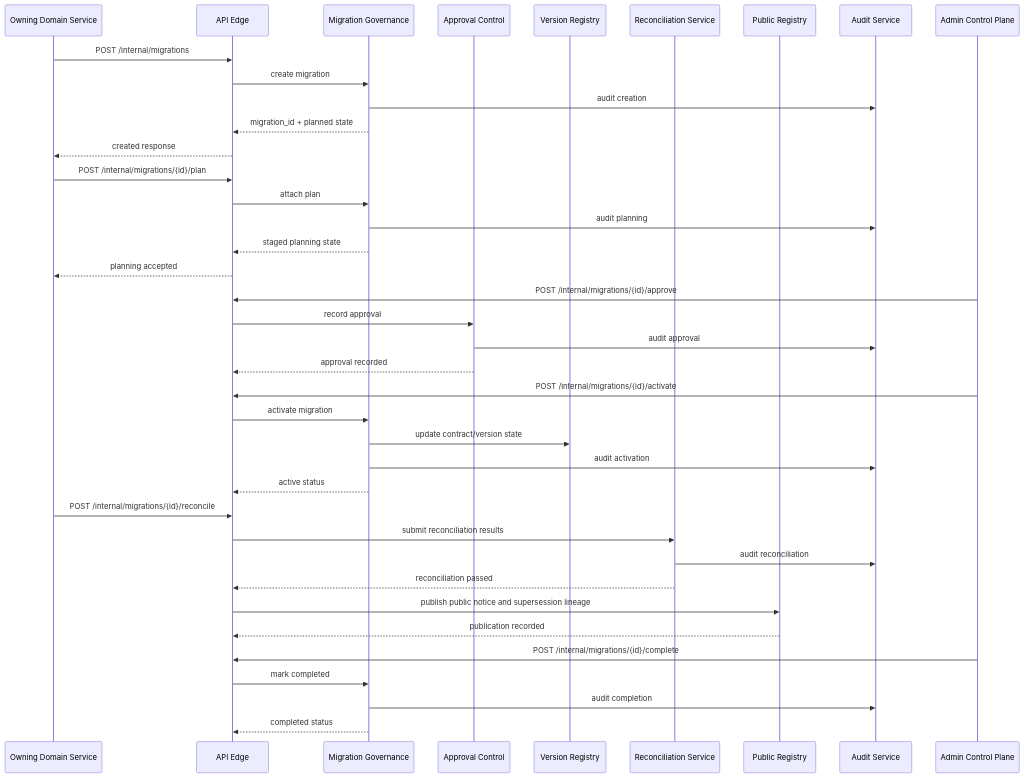
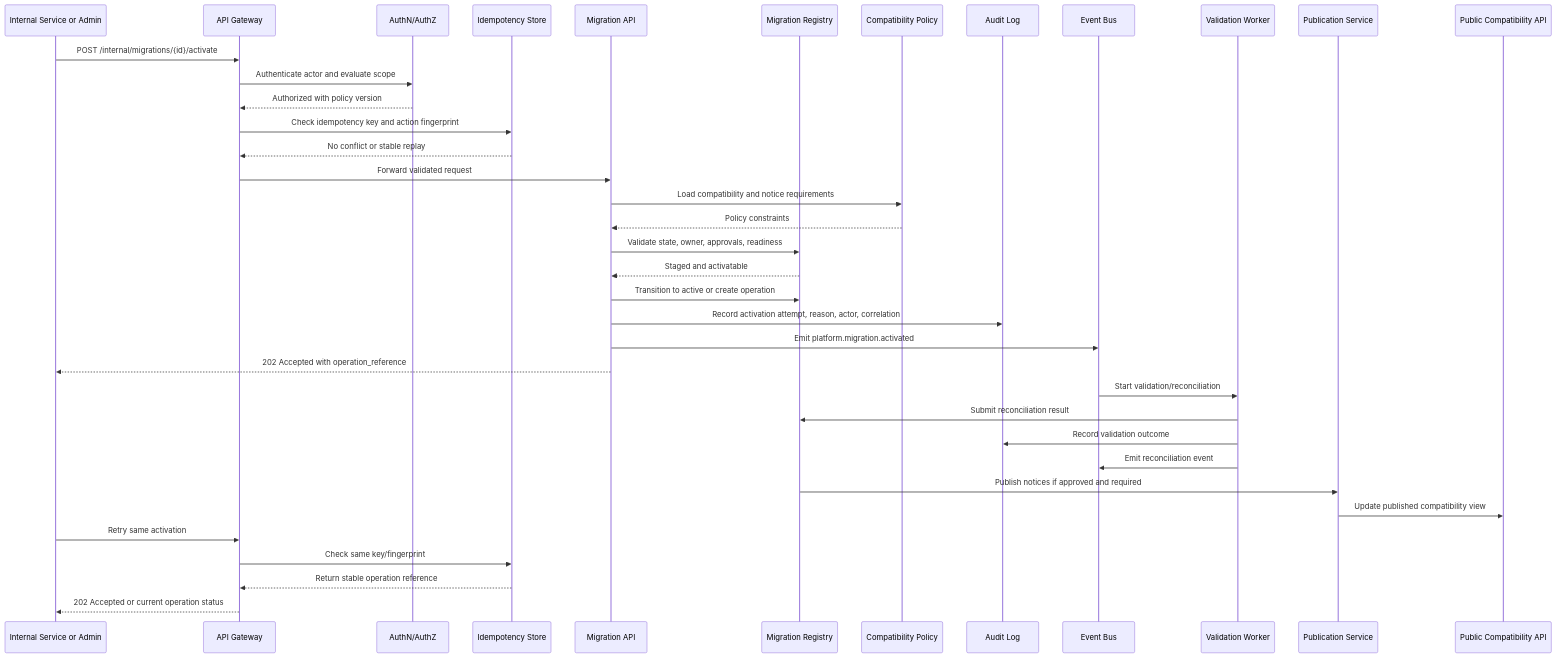
One commit to fuze-ac/api-specs changed the third of 3 diagrams in MIGRATION_AND_BACKWARD_COMPATIBILITY_SPEC.md. Above: the diagram before and after it, drawn with Mermaid. The commit also changed other lines of this file and 50 other files, not shown here.

````diff
--- a/MIGRATION_AND_BACKWARD_COMPATIBILITY_SPEC.md
+++ b/MIGRATION_AND_BACKWARD_COMPATIBILITY_SPEC.md
@@ -1304,48 +814,42 @@
 ```mermaid
 sequenceDiagram
-    participant OD as Owning Domain Service
-    participant API as API Edge
-    participant MIG as Migration Governance
-    participant APR as Approval Control
-    participant VER as Version Registry
-    participant REC as Reconciliation Service
-    participant REG as Public Registry
-    participant AUD as Audit Service
+  participant Caller as Internal Service or Admin
+  participant Gateway as API Gateway
+  participant Auth as AuthN/AuthZ
+  participant Idem as Idempotency Store
+  participant API as Migration API
+  participant Reg as Migration Registry
+  participant Policy as Compatibility Policy
+  participant Audit as Audit Log
+  participant Bus as Event Bus
+  participant Worker as Validation Worker
+  participant Pub as Publication Service
+  participant Public as Public Compatibility API
 
-    OD->>API: POST /internal/migrations
-    API->>MIG: create migration
-    MIG->>AUD: audit creation
-    MIG-->>API: migration_id + planned state
-    API-->>OD: created response
+  Caller->>Gateway: POST /internal/migrations/{id}/activate
+  Gateway->>Auth: Authenticate actor and evaluate scope
+  Auth-->>Gateway: Authorized with policy version
+  Gateway->>Idem: Check idempotency key and action fingerprint
+  Idem-->>Gateway: No conflict or stable replay
+  Gateway->>API: Forward validated request
+  API->>Policy: Load compatibility and notice requirements
+  Policy-->>API: Policy constraints
+  API->>Reg: Validate state, owner, approvals, readiness
+  Reg-->>API: Staged and activatable
+  API->>Reg: Transition to active or create operation
+  API->>Audit: Record activation attempt, reason, actor, correlation
+  API->>Bus: Emit platform.migration.activated
+  API-->>Caller: 202 Accepted with operation_reference
 
-    OD->>API: POST /internal/migrations/{id}/plan
-    API->>MIG: attach plan
-    MIG->>AUD: audit planning
-    MIG-->>API: staged planning state
-    API-->>OD: planning accepted
+  Bus->>Worker: Start validation/reconciliation
+  Worker->>Reg: Submit reconciliation result
+  Worker->>Audit: Record validation outcome
+  Worker->>Bus: Emit reconciliation event
+  Reg->>Pub: Publish notices if approved and required
+  Pub->>Public: Update published compatibility view
 
-    participant ADMIN as Admin Control Plane
-    ADMIN->>API: POST /internal/migrations/{id}/approve
-    API->>APR: record approval
-    APR->>AUD: audit approval
-    APR-->>API: approval recorded
-
-    ADMIN->>API: POST /internal/migrations/{id}/activate
-    API->>MIG: activate migration
-    MIG->>VER: update contract/version state
-    MIG->>AUD: audit activation
-    MIG-->>API: active status
-
-    OD->>API: POST /internal/migrations/{id}/reconcile
-    API->>REC: submit reconciliation results
-    REC->>AUD: audit reconciliation
-    REC-->>API: reconciliation passed
-
-    API->>REG: publish public notice and supersession lineage
-    REG-->>API: publication recorded
-
-    ADMIN->>API: POST /internal/migrations/{id}/complete
-    API->>MIG: mark completed
-    MIG->>AUD: audit completion
-    MIG-->>API: completed status
+  Caller->>Gateway: Retry same activation
+  Gateway->>Idem: Check same key/fingerprint
+  Idem-->>Gateway: Return stable operation reference
+  Gateway-->>Caller: 202 Accepted or current operation status
 ```
````
